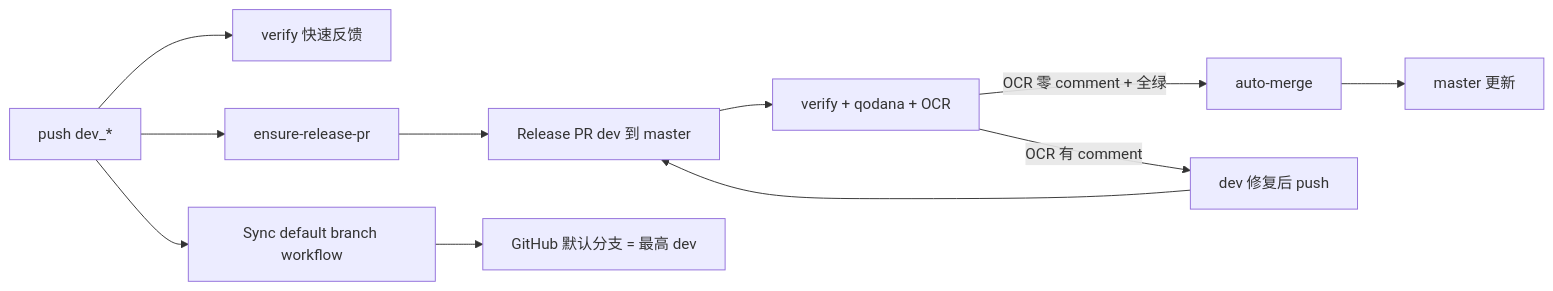
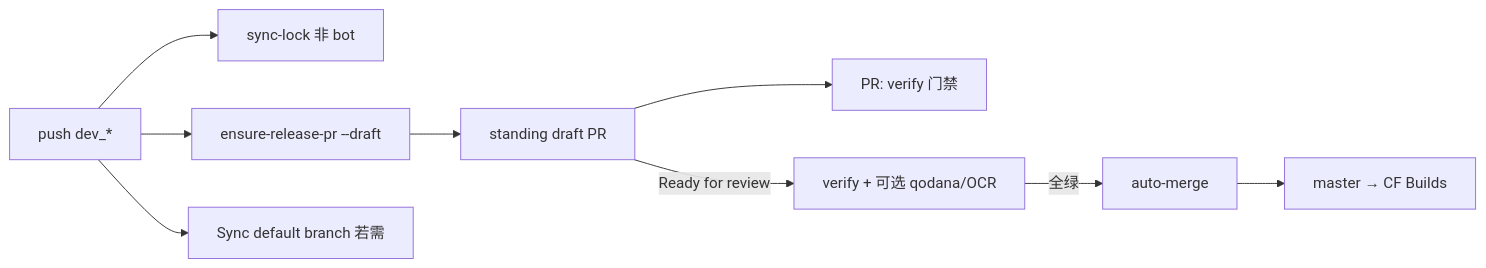
The diagram in docs/release-pr-ci.md (workers-world/worker-actions), drawn with Mermaid before and after one commit. The commit also changed other lines of this file and 15 other files, not shown here.

First line of the commit message:
feat: CI 成本优化——draft Release PR + 空转 job 不启动

````diff
--- a/docs/release-pr-ci.md
+++ b/docs/release-pr-ci.md
@@ -9,13 +9,11 @@
 ```mermaid
 flowchart LR
-  push[push dev_*] --> verify[verify 快速反馈]
-  push --> ensure[ensure-release-pr]
-  push --> syncWf[Sync default branch workflow]
-  ensure --> pr[Release PR dev 到 master]
-  syncWf --> default[GitHub 默认分支 = 最高 dev]
-  pr --> gate[verify + qodana + OCR]
-  gate -->|OCR 零 comment + 全绿| merge[auto-merge]
-  gate -->|OCR 有 comment| fix[dev 修复后 push]
-  fix --> pr
-  merge --> master[master 更新]
+  push[push dev_*] --> syncLock[sync-lock 非 bot]
+  push --> ensure[ensure-release-pr --draft]
+  push --> syncWf[Sync default branch 若需]
+  ensure --> draftPR[standing draft PR]
+  draftPR --> prCi[PR: verify 门禁]
+  draftPR -->|Ready for review| gate[verify + 可选 qodana/OCR]
+  gate -->|全绿| merge[auto-merge]
+  merge --> master[master → CF Builds]
 ```
````
